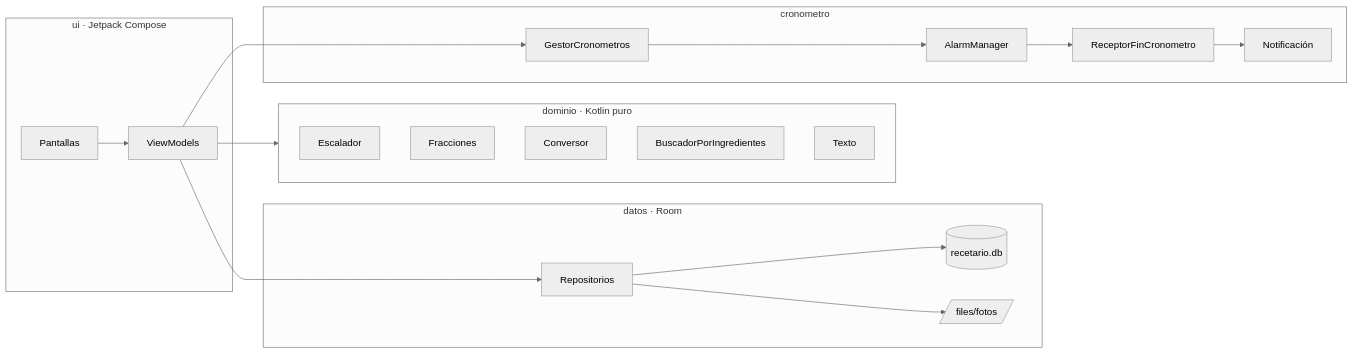
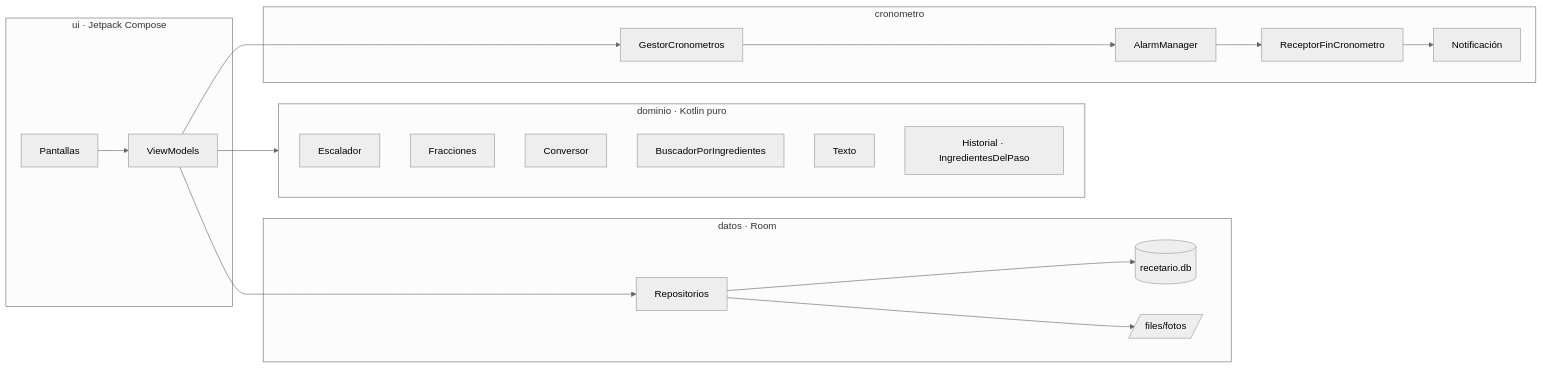
One commit to hsosa09/recetario-criollo changed the diagram in README.md. Above: the diagram before and after it, drawn with Mermaid (neutral theme). The commit also changed other lines of this file and 7 other files, not shown here.

First line of the commit message:
README: paso a paso, historial, dificultad y estrellas

````diff
--- a/README.md
+++ b/README.md
@@ -253,24 +294,25 @@
 ```mermaid
 flowchart LR
   subgraph ui["ui · Jetpack Compose"]
     P[Pantallas] --> VM[ViewModels]
   end
   subgraph dominio["dominio · Kotlin puro"]
     E[Escalador]
     F[Fracciones]
     C[Conversor]
     B[BuscadorPorIngredientes]
     T[Texto]
+    H[Historial · IngredientesDelPaso]
   end
   subgraph datos["datos · Room"]
     R[Repositorios] --> D[(recetario.db)]
     R --> FO[/files/fotos/]
   end
   subgraph crono["cronometro"]
     G[GestorCronometros] --> AM[AlarmManager]
     AM --> RX[ReceptorFinCronometro] --> N[Notificación]
   end
   VM --> dominio
   VM --> R
   VM --> G
 ```
````
